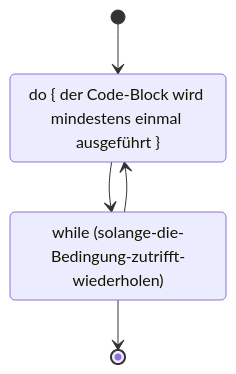
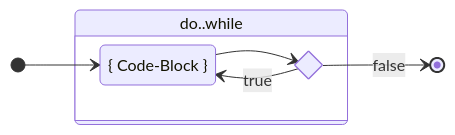
One commit to codingluke/bbzbl-modul-319 changed the diagram in docs/4a-while/dowhile.md. Above: the diagram before and after it, drawn with Mermaid. The commit also changed 18 other files, not shown here.

````diff
--- a/docs/4a-while/dowhile.md
+++ b/docs/4a-while/dowhile.md
@@ -24,9 +24,12 @@
 ```mermaid
 stateDiagram-v2
-    do: do { der Code-Block wird mindestens einmal ausgeführt }
-    while: while (solange-die-Bedingung-zutrifft-wiederholen)
+    direction LR
+    do: { Code-Block }
+    state bedingung <<choice>>
     [*] --> do
-    do --> while
-    while --> do
-    while --> [*]
+    state do..while {
+        do --> bedingung
+        bedingung --> do: true
+    }
+    bedingung --> [*]: false
 ```
````
